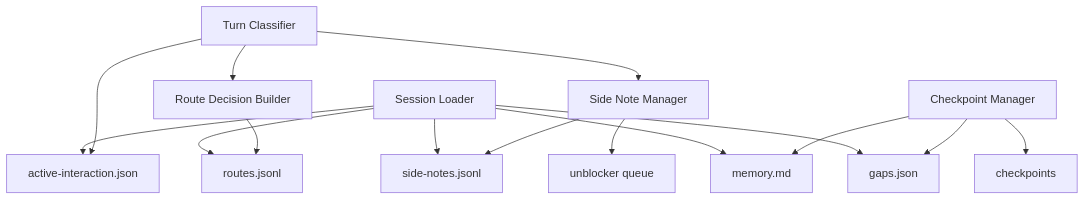
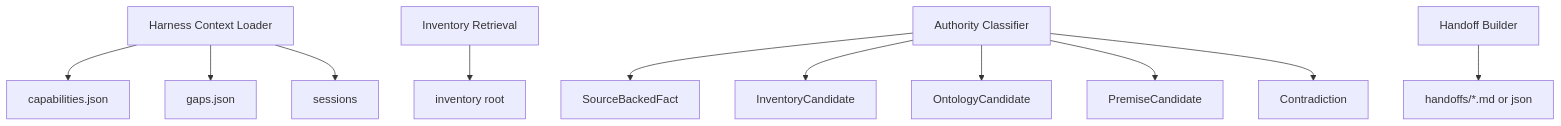
One commit to cyberAlchemyAI/Arcanum changed the third of 5 diagrams in spells/necronomicon/development/DESIGN.md. Above: the diagram before and after it, drawn with Mermaid. The commit also changed other lines of this file and 16 other files, not shown here.

````diff
--- a/spells/necronomicon/development/DESIGN.md
+++ b/spells/necronomicon/development/DESIGN.md
@@ -84,17 +82,13 @@
 ```mermaid
 graph TD
-    SL[Session Loader] --> AIR[active-interaction.json]
-    SL --> SN[side-notes.jsonl]
-    SL --> RT[routes.jsonl]
-    SL --> MEM[memory.md]
-    SL --> GAP[gaps.json]
-    TC[Turn Classifier] --> AIR
-    TC --> RD[Route Decision Builder]
-    TC --> SM[Side Note Manager]
-    SM --> SN
-    SM --> UQ[unblocker queue]
-    RD --> RT
-    CP[Checkpoint Manager] --> MEM
-    CP --> GAP
-    CP --> CHK[checkpoints]
+    HCL[Harness Context Loader] --> CAP[capabilities.json]
+    HCL --> GAP[gaps.json]
+    HCL --> SESS[sessions]
+    IR[Inventory Retrieval] --> INVROOT[inventory root]
+    AC[Authority Classifier] --> FACT[SourceBackedFact]
+    AC --> IC[InventoryCandidate]
+    AC --> OC[OntologyCandidate]
+    AC --> PC[PremiseCandidate]
+    AC --> CT[Contradiction]
+    HB[Handoff Builder] --> HP[handoffs/*.md or json]
 ```
````
